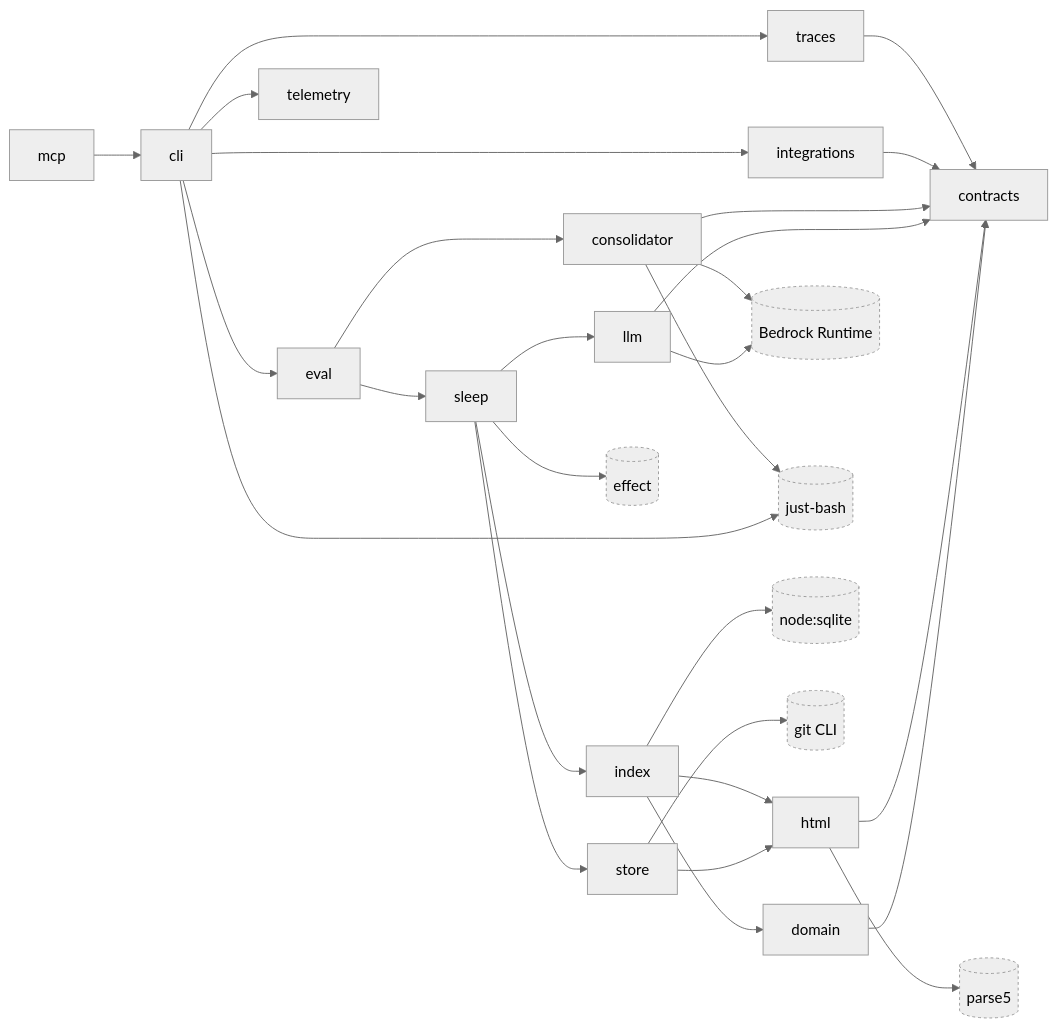
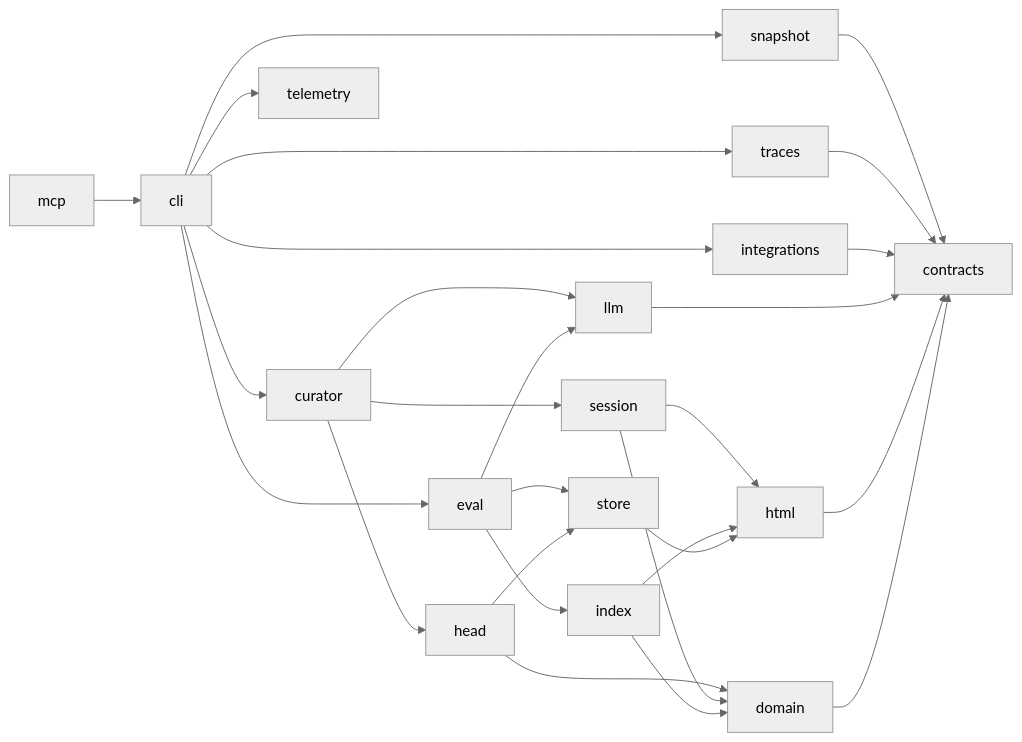
One commit to memhtml/memhtml changed the first of 2 diagrams in docs/diagrams/structural/dependency-graph.md. Above: the diagram before and after it, drawn with Mermaid (neutral theme). The commit also changed other lines of this file and 19 other files, not shown here.

First line of the commit message:
docs: bring the reference, behavior, architecture, diagram, and insight pages in line with 0.16.0

````diff
--- a/docs/diagrams/structural/dependency-graph.md
+++ b/docs/diagrams/structural/dependency-graph.md
@@ -9,55 +11,46 @@
 ```mermaid
 flowchart LR
   mcp[mcp]
   cli[cli]
+  curator[curator]
   eval[eval]
-  consolidator[consolidator]
-  sleep[sleep]
+  head[head]
+  session[session]
+  snapshot[snapshot]
   traces[traces]
   integrations[integrations]
   telemetry[telemetry]
   index[index]
   store[store]
   llm[llm]
   html[html]
   domain[domain]
   contracts[contracts]
 
-  effect[(effect)]:::external
-  bedrock[(Bedrock Runtime)]:::external
-  justBash[(just-bash)]:::external
-  parse5[(parse5)]:::external
-  sqlite[(node:sqlite)]:::external
-  gitCli[(git CLI)]:::external
-
   mcp --> cli
+  cli --> curator
   cli --> eval
+  cli --> snapshot
   cli --> traces
   cli --> integrations
   cli --> telemetry
-  eval --> consolidator
-  eval --> sleep
-  sleep --> index
-  sleep --> store
-  sleep --> llm
+  curator --> head
+  curator --> session
+  curator --> llm
+  eval --> index
+  eval --> store
+  eval --> llm
+  head --> store
+  head --> domain
+  session --> html
+  session --> domain
   index --> html
   index --> domain
   store --> html
+  snapshot --> contracts
   traces --> contracts
   integrations --> contracts
-  consolidator --> contracts
   llm --> contracts
   html --> contracts
   domain --> contracts
-
-  sleep --> effect
-  consolidator --> bedrock
-  llm --> bedrock
-  consolidator --> justBash
-  cli --> justBash
-  html --> parse5
-  index --> sqlite
-  store --> gitCli
-
-  classDef external stroke-dasharray: 3 3
 ```
````
